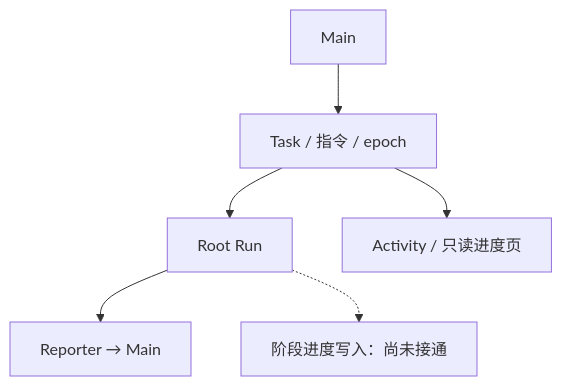
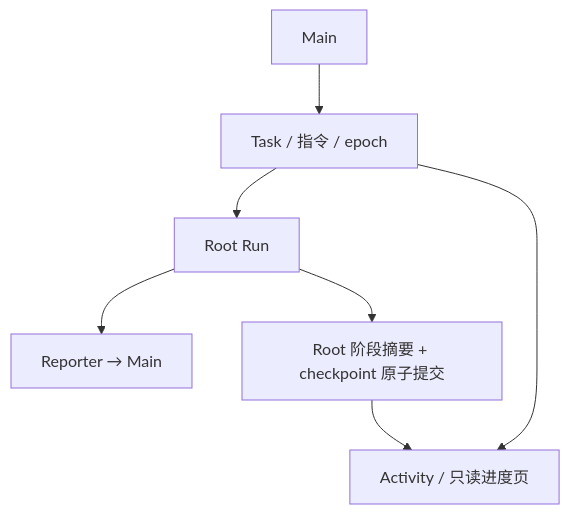
Before and after one commit to z-chenhao/assistant: the first of 3 diagrams in docs/designs/tasks.md, drawn with Mermaid. The commit also changed other lines of this file and 20 other files, not shown here.

````diff
--- a/docs/designs/tasks.md
+++ b/docs/designs/tasks.md
@@ -11,8 +11,9 @@
 ```mermaid
 flowchart TD
     M["Main"] --> T["Task / 指令 / epoch"]
     T --> R["Root Run"]
     R --> P["Reporter → Main"]
-    R -.-> G["阶段进度写入：尚未接通"]
+    R --> G["Root 阶段摘要 + checkpoint 原子提交"]
+    G --> V
     T --> V["Activity / 只读进度页"]
 ```
````
